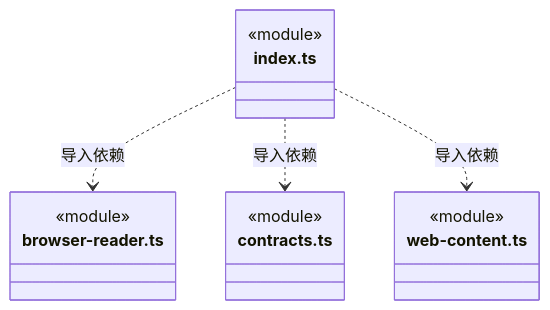
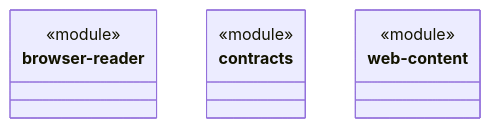
Before and after one commit to nan023062/cbim: the diagram in src/core/web/ARCHITECTURE.md, drawn with Mermaid. The commit also changed other lines of this file and 158 other files, not shown here.

Commit message:
docs: model architecture through nested virtual encapsulations

````diff
--- a/src/core/web/ARCHITECTURE.md
+++ b/src/core/web/ARCHITECTURE.md
@@ -144,18 +21,15 @@
 ```mermaid
 classDiagram
-class N_src_core_web_index_ts["index.ts"] {
+class N_75d7b3b14271["browser-reader"] {
   <<module>>
 }
-class N_src_core_web_browser_reader_ts["browser-reader.ts"] {
+click N_75d7b3b14271 href "browser-reader.ts"
+class N_517855d52931["contracts"] {
   <<module>>
 }
-class N_src_core_web_contracts_ts["contracts.ts"] {
+click N_517855d52931 href "contracts.ts"
+class N_911635278df9["web-content"] {
   <<module>>
 }
-class N_src_core_web_web_content_ts["web-content.ts"] {
-  <<module>>
-}
-N_src_core_web_index_ts ..> N_src_core_web_browser_reader_ts : 导入依赖
-N_src_core_web_index_ts ..> N_src_core_web_contracts_ts : 导入依赖
-N_src_core_web_index_ts ..> N_src_core_web_web_content_ts : 导入依赖
+click N_911635278df9 href "web-content.ts"
 ```
````
